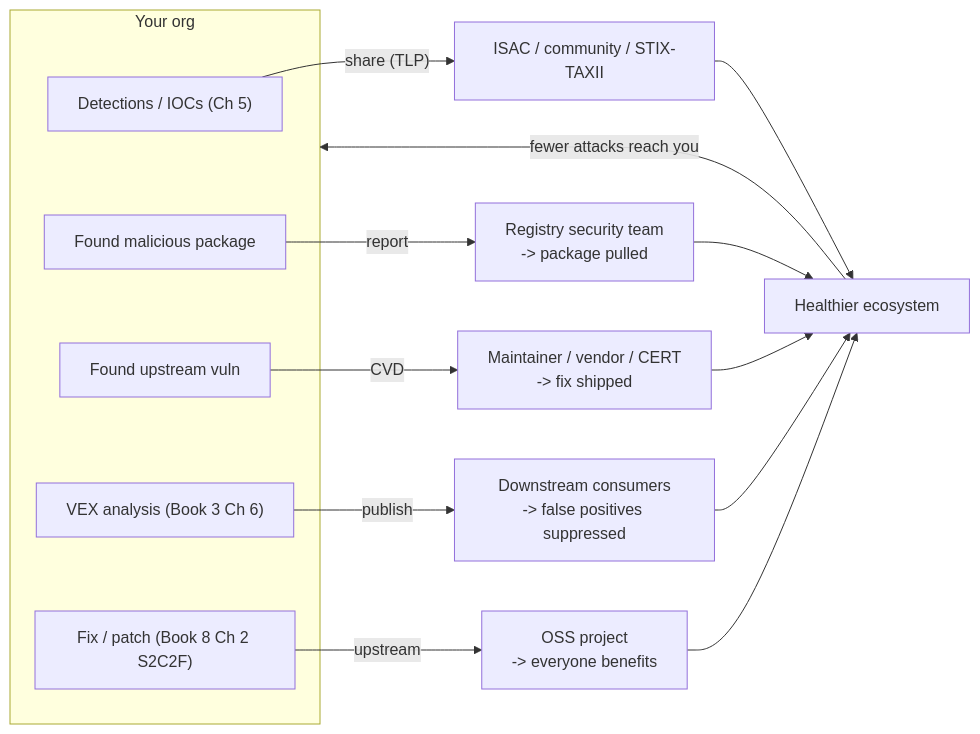
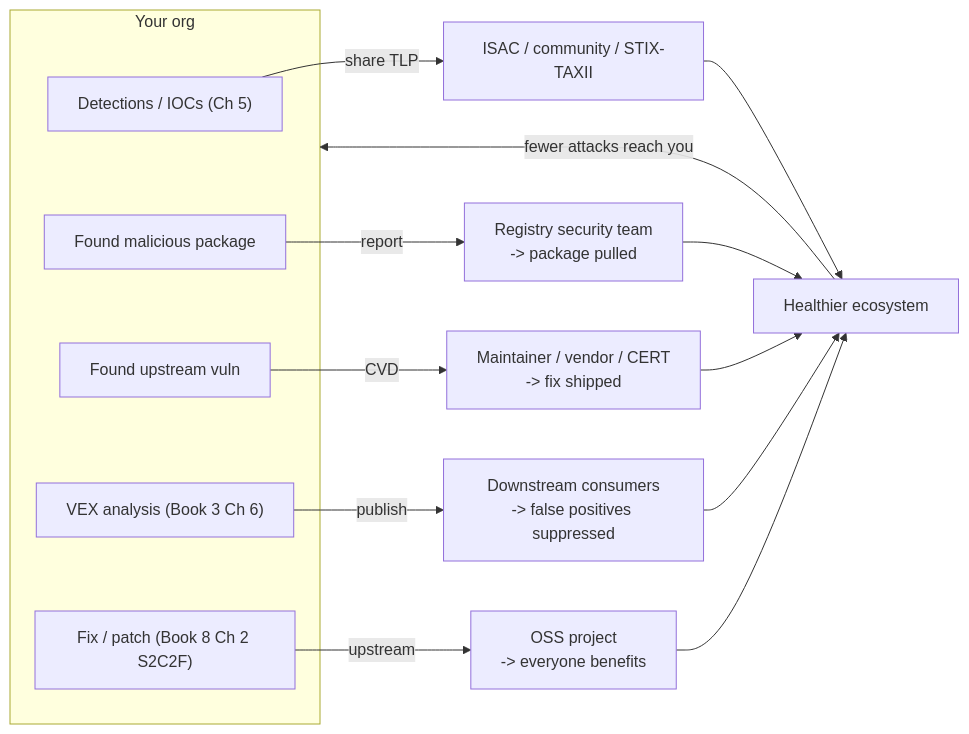
The fourth of 7 diagrams in book-08-governance-ir/ch07-threat-intelligence.md (bumbsclaw/textbooks), drawn with Mermaid before and after one commit. The commit also changed 173 other files, not shown here.

First line of the commit message:
fix(mermaid): close note brackets, semicolons in Notes, stateDiagram br -> dash, edge parens

````diff
--- a/book-08-governance-ir/ch07-threat-intelligence.md
+++ b/book-08-governance-ir/ch07-threat-intelligence.md
@@ -469,21 +469,21 @@
 ```mermaid
 flowchart LR
   subgraph YOU["Your org"]
     DET["Detections / IOCs (Ch 5)"]
     FIND["Found malicious package"]
     VULN["Found upstream vuln"]
     ANAL["VEX analysis (Book 3 Ch 6)"]
     FIX["Fix / patch (Book 8 Ch 2 S2C2F)"]
   end
   FIND -->|"report"| REG["Registry security team<br/>-> package pulled"]
   VULN -->|"CVD"| MNT["Maintainer / vendor / CERT<br/>-> fix shipped"]
-  DET -->|"share (TLP)"| ISAC["ISAC / community / STIX-TAXII"]
+  DET -->|"share TLP "| ISAC["ISAC / community / STIX-TAXII"]
   ANAL -->|"publish"| DOWN["Downstream consumers<br/>-> false positives suppressed"]
   FIX -->|"upstream"| OSS["OSS project<br/>-> everyone benefits"]
   REG --> ECO["Healthier ecosystem"]
   MNT --> ECO
   ISAC --> ECO
   DOWN --> ECO
   OSS --> ECO
   ECO -->|"fewer attacks reach you"| YOU
 ```
````
